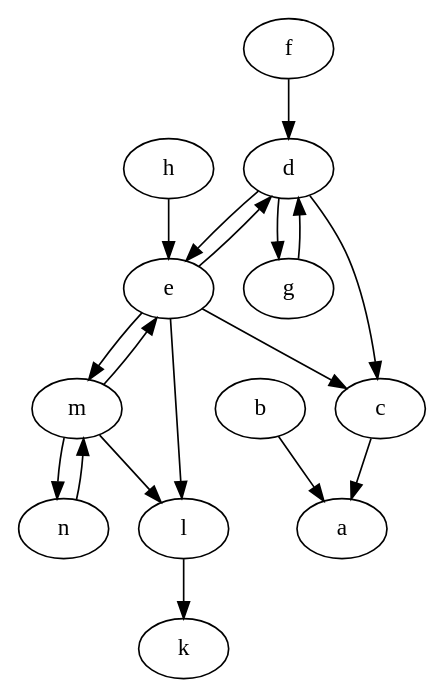
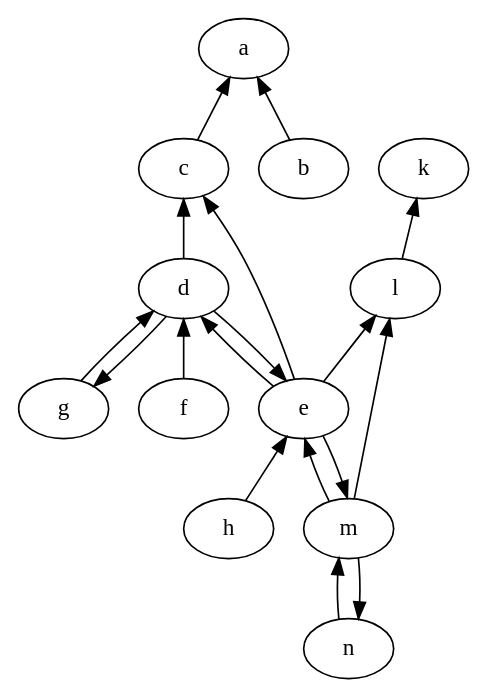
One commit to idaks/Games-and-Argumentation changed the diagram in XLoKR-2023/output/uncolored_graph.dot. Above: the diagram before and after it, drawn with Graphviz. The commit also changed 12 other files, not shown here.

```diff
--- a/XLoKR-2023/output/uncolored_graph.dot
+++ b/XLoKR-2023/output/uncolored_graph.dot
@@ -1,19 +1,19 @@
 strict digraph "" {
-	b -> a;
-	c -> a;
-	l -> k;
-	d -> c;
-	d -> e;
-	d -> g;
-	e -> c;
-	e -> l;
-	e -> d;
-	e -> m;
-	m -> l;
-	m -> e;
-	m -> n;
-	f -> d;
-	g -> d;
-	h -> e;
-	n -> m;
+	a -> b	[dir=back];
+	a -> c	[dir=back];
+	c -> d	[dir=back];
+	c -> e	[dir=back];
+	k -> l	[dir=back];
+	l -> e	[dir=back];
+	l -> m	[dir=back];
+	d -> e	[dir=back];
+	d -> f	[dir=back];
+	d -> g	[dir=back];
+	e -> d	[dir=back];
+	e -> m	[dir=back];
+	e -> h	[dir=back];
+	m -> e	[dir=back];
+	m -> n	[dir=back];
+	g -> d	[dir=back];
+	n -> m	[dir=back];
 }
```
